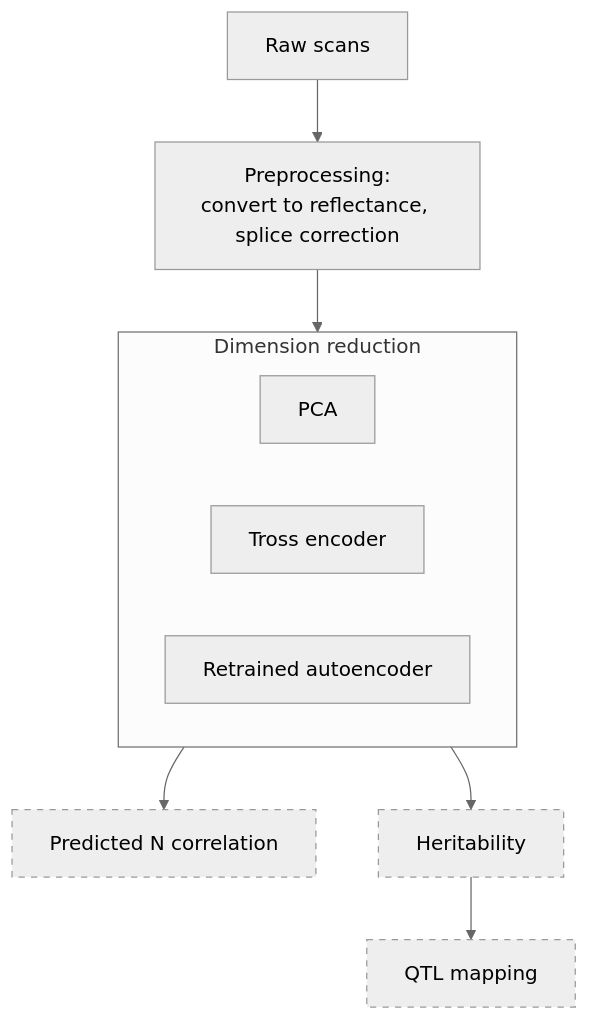
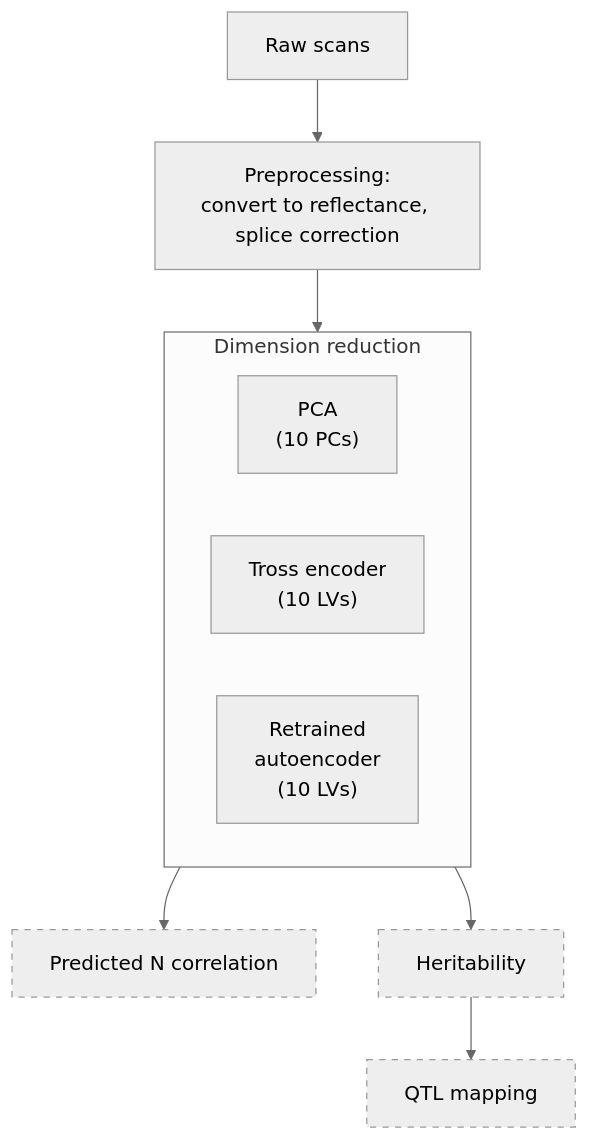
The diagram in README.md (HannahPil/HypeSpec), drawn with Mermaid (neutral theme) before and after one commit.

Commit message:
README: fix clipped flowchart label, note component counts

````diff
--- a/README.md
+++ b/README.md
@@ -11,19 +11,19 @@
 ```mermaid
 flowchart TD
     A["Raw scans"] --> B["Preprocessing:<br/>convert to reflectance, splice correction"]
     B --> DR
 
     subgraph DR["Dimension reduction"]
         direction LR
-        P["PCA"]
-        T["Tross encoder"]
-        R["Retrained autoencoder"]
+        P["PCA<br/>(10 PCs)"]
+        T["Tross encoder<br/>(10 LVs)"]
+        R["Retrained<br/>autoencoder<br/>(10 LVs)"]
     end
 
     DR --> G["Predicted N correlation"]
     DR --> H["Heritability"]
     H --> Q["QTL mapping"]
 
     classDef planned stroke-dasharray: 5 5
     class H,Q,G planned
 ```
````
